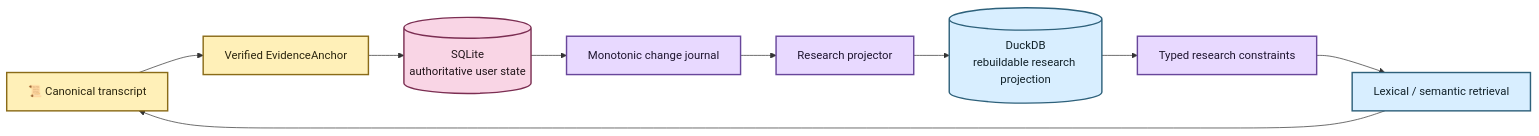
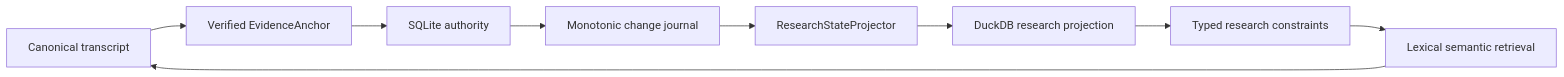
The diagram in docs/architecture/research-state.md (SSD1805/EchoFlow), drawn with Mermaid before and after one commit. The commit also changed other lines of this file, not shown here.

Commit message:
docs: simplify research state architecture diagrams

````diff
--- a/docs/architecture/research-state.md
+++ b/docs/architecture/research-state.md
@@ -17,21 +17,11 @@
 ```mermaid
 flowchart LR
-    C[📜 Canonical transcript] --> A[Verified EvidenceAnchor]
-    A --> S[(SQLite\nauthoritative user state)]
-    S --> O[Monotonic change journal]
-    O --> P[Research projector]
-    P --> D[(DuckDB\nrebuildable research projection)]
-    D --> Q[Typed research constraints]
-    Q --> L[Lexical / semantic retrieval]
-    L --> C
-
-    classDef evidence fill:#FFF0B8,stroke:#8A6B18,stroke-width:2px,color:#2C260F
-    classDef durable fill:#F9D5E5,stroke:#7B2E52,stroke-width:2px,color:#22151B
-    classDef derived fill:#D8EEFF,stroke:#2E617B,stroke-width:2px,color:#12222A
-    classDef process fill:#E8D9FF,stroke:#68469B,stroke-width:2px,color:#1F1630
-
-    class C,A evidence
-    class S durable
-    class O,P,Q process
-    class D,L derived
+    A[Canonical transcript] --> B[Verified EvidenceAnchor]
+    B --> C[SQLite authority]
+    C --> D[Monotonic change journal]
+    D --> E[ResearchStateProjector]
+    E --> F[DuckDB research projection]
+    F --> G[Typed research constraints]
+    G --> H[Lexical semantic retrieval]
+    H --> A
 ```
````
